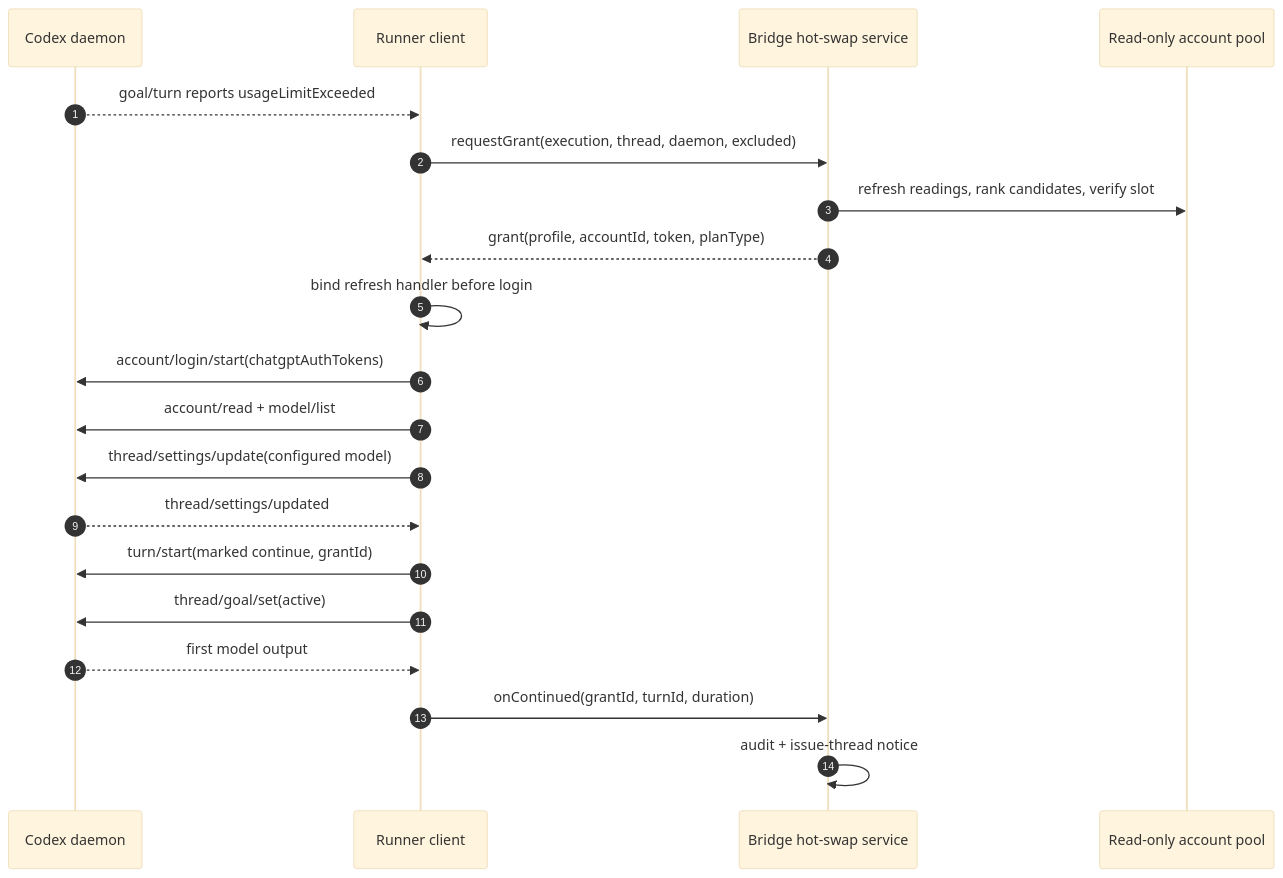
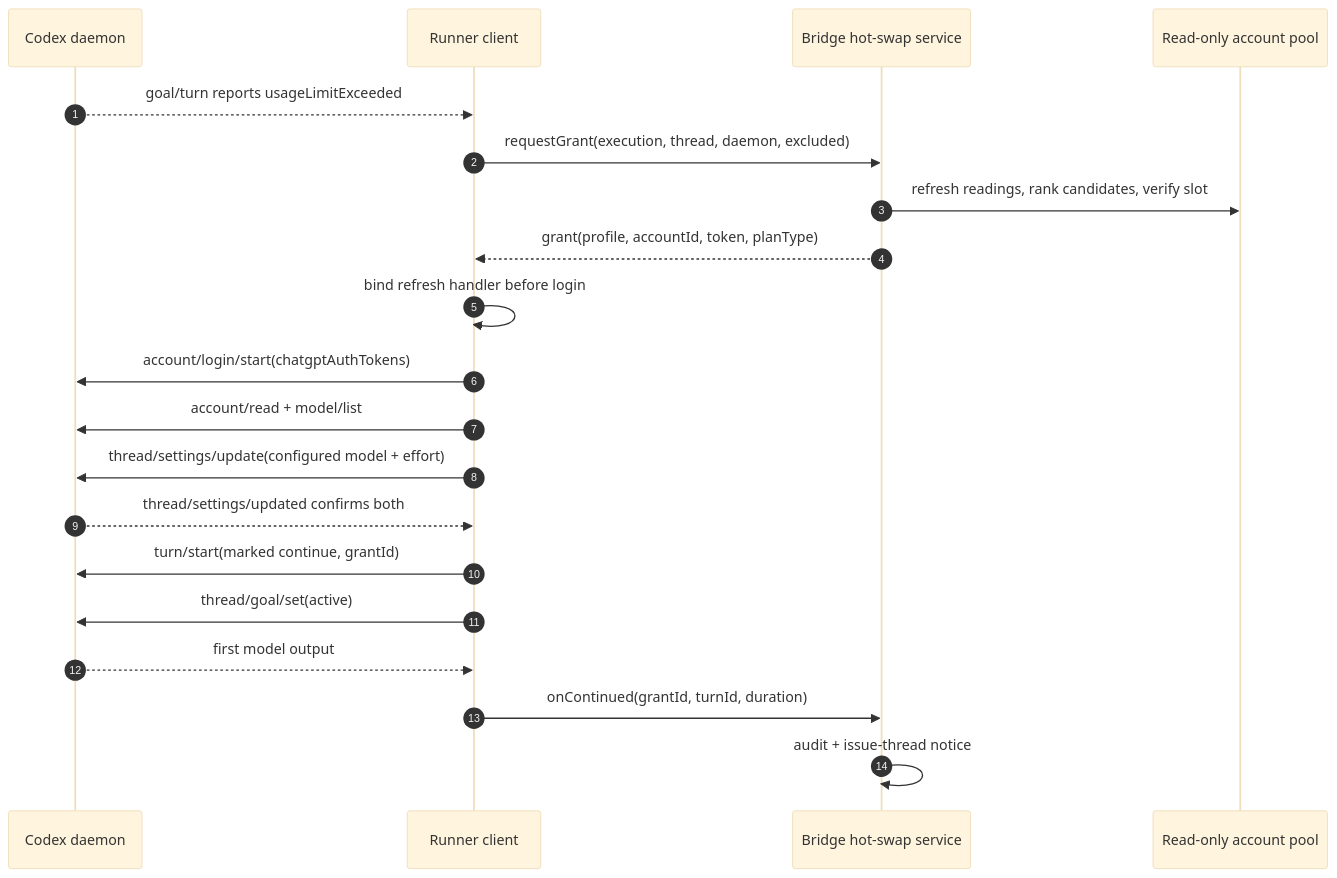
Before and after one commit to xrliAnnie/flywheel-qa-sandbox: the first of 2 diagrams in engineering/doc/FLY-2957-codex-hot-account-swap/plan.md, drawn with Mermaid (base theme). The commit also changed other lines of this file and 4 other files, not shown here.

````diff
--- a/engineering/doc/FLY-2957-codex-hot-account-swap/plan.md
+++ b/engineering/doc/FLY-2957-codex-hot-account-swap/plan.md
@@ -18,22 +39,22 @@
 ```mermaid
 sequenceDiagram
   autonumber
   participant D as Codex daemon
   participant C as Runner client
   participant B as Bridge hot-swap service
   participant P as Read-only account pool
   D-->>C: goal/turn reports usageLimitExceeded
   C->>B: requestGrant(execution, thread, daemon, excluded)
   B->>P: refresh readings, rank candidates, verify slot
   B-->>C: grant(profile, accountId, token, planType)
   C->>C: bind refresh handler before login
   C->>D: account/login/start(chatgptAuthTokens)
   C->>D: account/read + model/list
-  C->>D: thread/settings/update(configured model)
-  D-->>C: thread/settings/updated
+  C->>D: thread/settings/update(configured model + effort)
+  D-->>C: thread/settings/updated confirms both
   C->>D: turn/start(marked continue, grantId)
   C->>D: thread/goal/set(active)
   D-->>C: first model output
   C->>B: onContinued(grantId, turnId, duration)
   B->>B: audit + issue-thread notice
 ```
````
